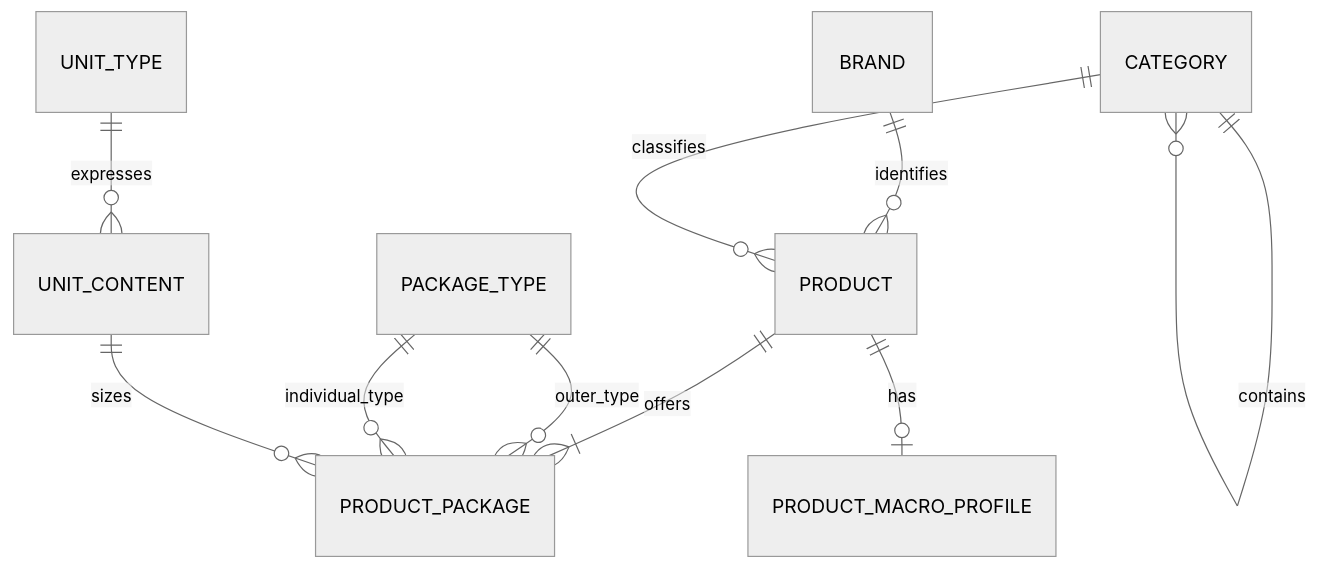
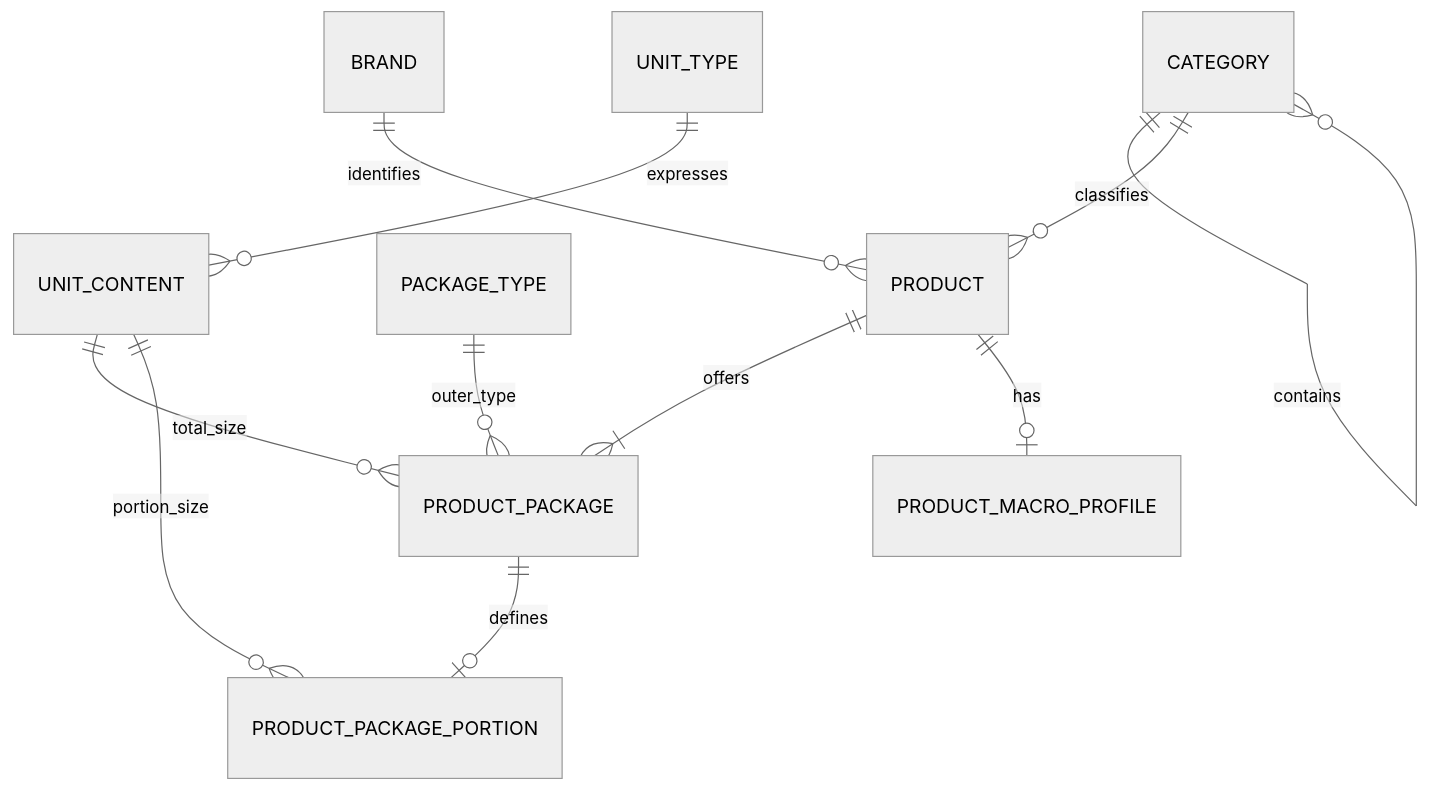
The diagram in docs/backend/ERD/PRODUCT_ERD.md (jefvanzanten/product-repos), drawn with Mermaid (neutral theme) before and after one commit. The commit also changed other lines of this file and 74 other files, not shown here.

Commit message:
Figma designs for the calory tracker implemented as screens and also the logic, schema's and endpoints that were already documented. Furthermore some doc changes and tweaks to improve the Calory Tracker experience, like the portion size in the Admin Dashboard

````diff
--- a/docs/backend/ERD/PRODUCT_ERD.md
+++ b/docs/backend/ERD/PRODUCT_ERD.md
@@ -139,12 +127,13 @@
 ```mermaid
 erDiagram
     BRAND ||--o{ PRODUCT : identifies
     CATEGORY ||--o{ CATEGORY : contains
     CATEGORY ||--o{ PRODUCT : classifies
     PRODUCT ||--|{ PRODUCT_PACKAGE : offers
     PRODUCT ||--o| PRODUCT_MACRO_PROFILE : has
+    PRODUCT_PACKAGE ||--o| PRODUCT_PACKAGE_PORTION : defines
     PACKAGE_TYPE ||--o{ PRODUCT_PACKAGE : outer_type
-    PACKAGE_TYPE ||--o{ PRODUCT_PACKAGE : individual_type
     UNIT_TYPE ||--o{ UNIT_CONTENT : expresses
-    UNIT_CONTENT ||--o{ PRODUCT_PACKAGE : sizes
+    UNIT_CONTENT ||--o{ PRODUCT_PACKAGE : total_size
+    UNIT_CONTENT ||--o{ PRODUCT_PACKAGE_PORTION : portion_size
 ```
````
